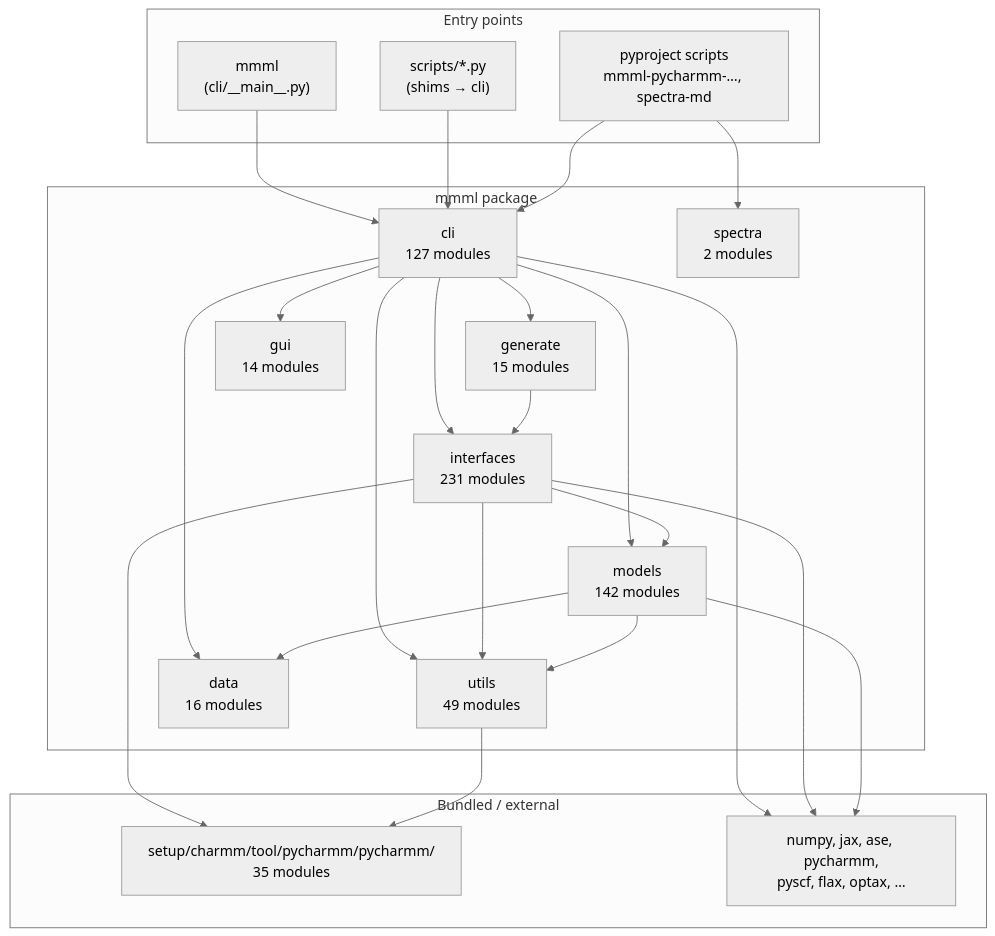
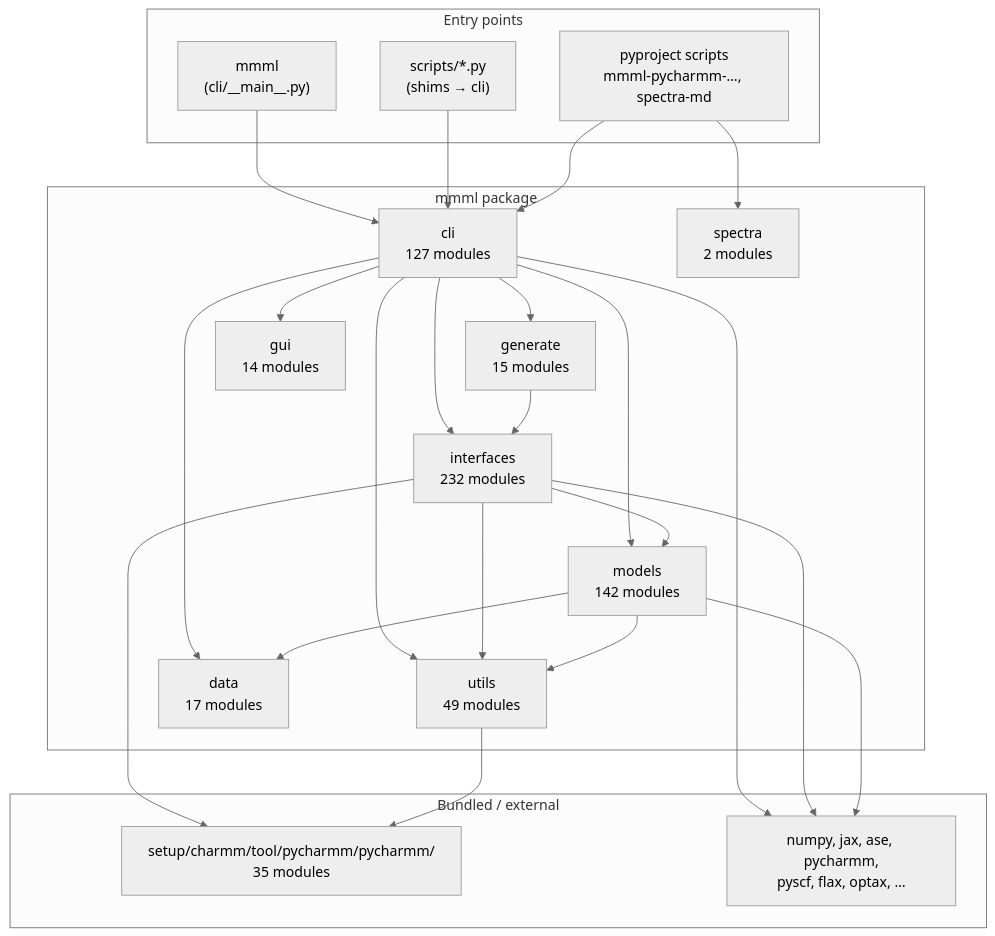
One commit to EricBoittier/mmml changed the first of 8 diagrams in docs/package-architecture.md. Above: the diagram before and after it, drawn with Mermaid (neutral theme). The commit also changed 2 other files, not shown here.

Commit message:
fix(ci): isolate scaled-LJ CHARMM smoke

````diff
--- a/docs/package-architecture.md
+++ b/docs/package-architecture.md
@@ -13,48 +13,48 @@
 ```mermaid
 flowchart TB
   subgraph entry["Entry points"]
     MMML["mmml\n(cli/__main__.py)"]
     SCRIPTS["scripts/*.py\n(shims → cli)"]
     PKG["pyproject scripts\nmmml-pycharmm-…, spectra-md"]
   end
 
   subgraph mmml_pkg["mmml package"]
     CLI["cli\n127 modules"]
-    IFACE["interfaces\n231 modules"]
+    IFACE["interfaces\n232 modules"]
     MODELS["models\n142 modules"]
     UTILS["utils\n49 modules"]
-    DATA["data\n16 modules"]
+    DATA["data\n17 modules"]
     GEN["generate\n15 modules"]
     GUI["gui\n14 modules"]
     SPEC["spectra\n2 modules"]
   end
 
   subgraph vendor["Bundled / external"]
     PYCH["setup/charmm/tool/pycharmm/pycharmm/\n35 modules"]
     EXT["numpy, jax, ase, pycharmm,\npyscf, flax, optax, …"]
   end
 
   MMML --> CLI
   SCRIPTS --> CLI
   PKG --> CLI
   PKG --> SPEC
 
   CLI --> IFACE
   CLI --> MODELS
   CLI --> DATA
   CLI --> UTILS
   CLI --> GEN
   CLI --> GUI
 
   IFACE --> MODELS
   IFACE --> UTILS
   IFACE --> PYCH
   MODELS --> UTILS
   MODELS --> DATA
   UTILS --> PYCH
   GEN --> IFACE
 
   CLI --> EXT
   IFACE --> EXT
   MODELS --> EXT
 ```
````
